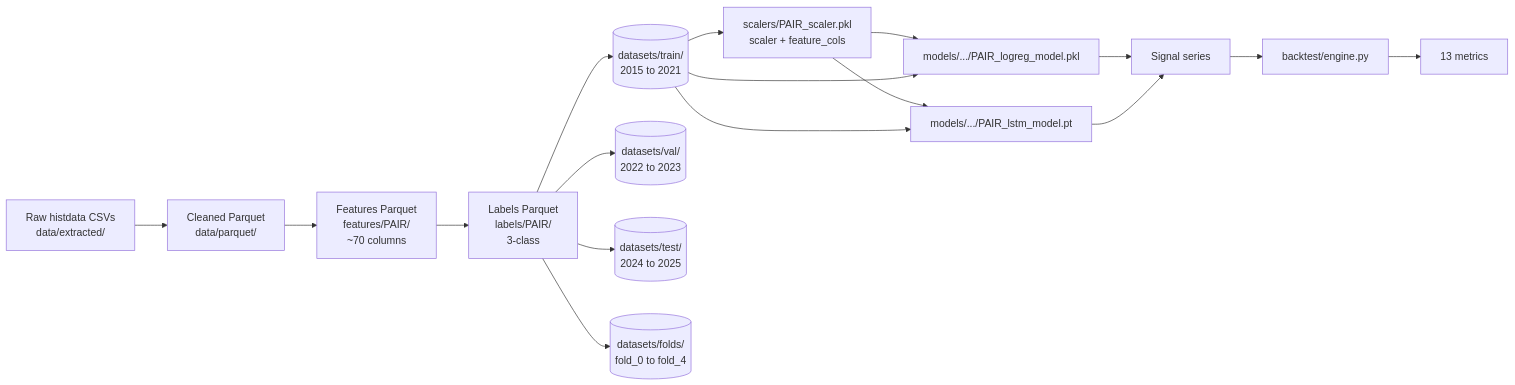
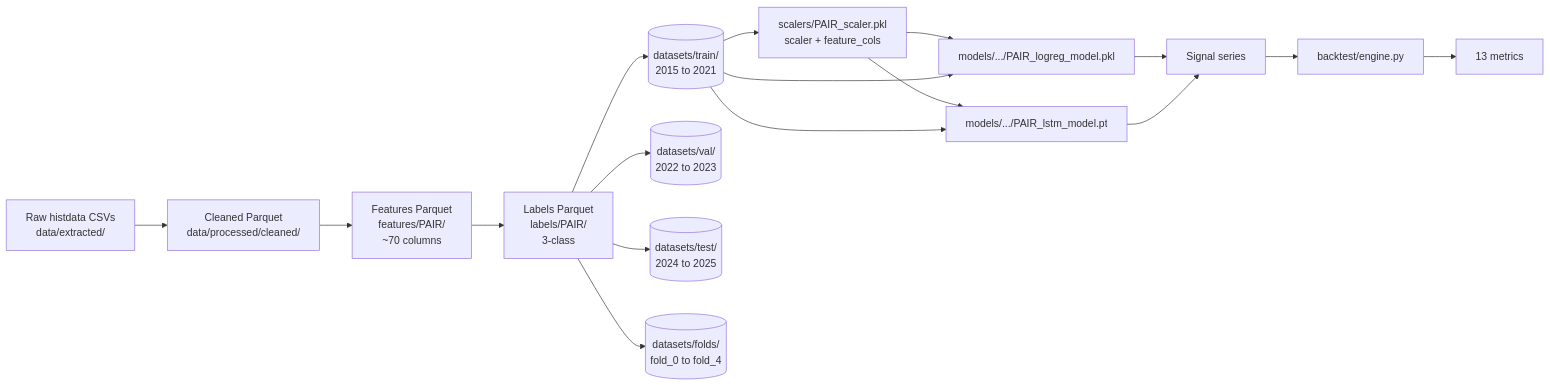
One commit to WA-MIN/forex-algo-trading changed the fourth of 6 diagrams in ARCHITECTURE.md. Above: the diagram before and after it, drawn with Mermaid. The commit also changed other lines of this file and 17 other files, not shown here.

````diff
--- a/ARCHITECTURE.md
+++ b/ARCHITECTURE.md
@@ -170,31 +184,31 @@
 ```mermaid
 flowchart LR
   RAW[Raw histdata CSVs<br/>data/extracted/]
-  CLEAN[Cleaned Parquet<br/>data/parquet/]
+  CLEAN[Cleaned Parquet<br/>data/processed/cleaned/]
   FEATS[Features Parquet<br/>features/PAIR/<br/>~70 columns]
   LABS[Labels Parquet<br/>labels/PAIR/<br/>3-class]
   TRAIN[(datasets/train/<br/>2015 to 2021)]
   VAL[(datasets/val/<br/>2022 to 2023)]
   TEST[(datasets/test/<br/>2024 to 2025)]
   FOLDS[(datasets/folds/<br/>fold_0 to fold_4)]
   SCALER[scalers/PAIR_scaler.pkl<br/>scaler + feature_cols]
   LR[models/.../PAIR_logreg_model.pkl]
   LSTM[models/.../PAIR_lstm_model.pt]
   SIG[Signal series]
   ENG[backtest/engine.py]
   MET[13 metrics]
 
   RAW --> CLEAN --> FEATS --> LABS
   LABS --> TRAIN
   LABS --> VAL
   LABS --> TEST
   LABS --> FOLDS
   TRAIN --> SCALER
   SCALER --> LR
   SCALER --> LSTM
   TRAIN --> LR
   TRAIN --> LSTM
   LR --> SIG
   LSTM --> SIG
   SIG --> ENG --> MET
 ```
````
